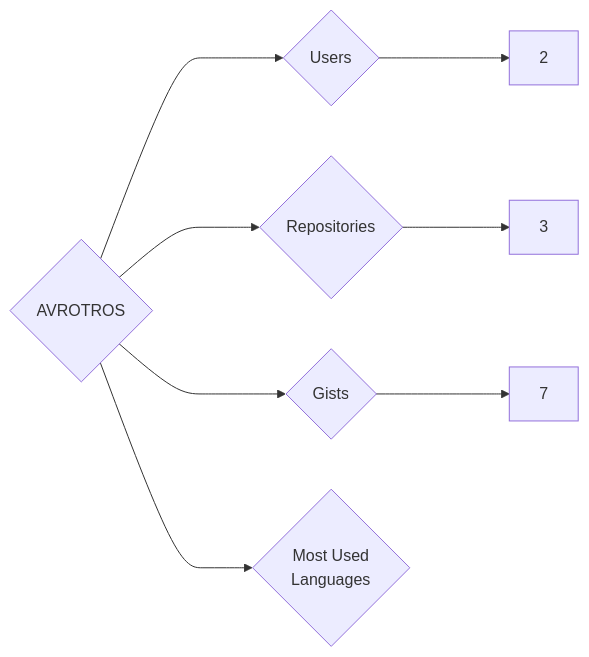
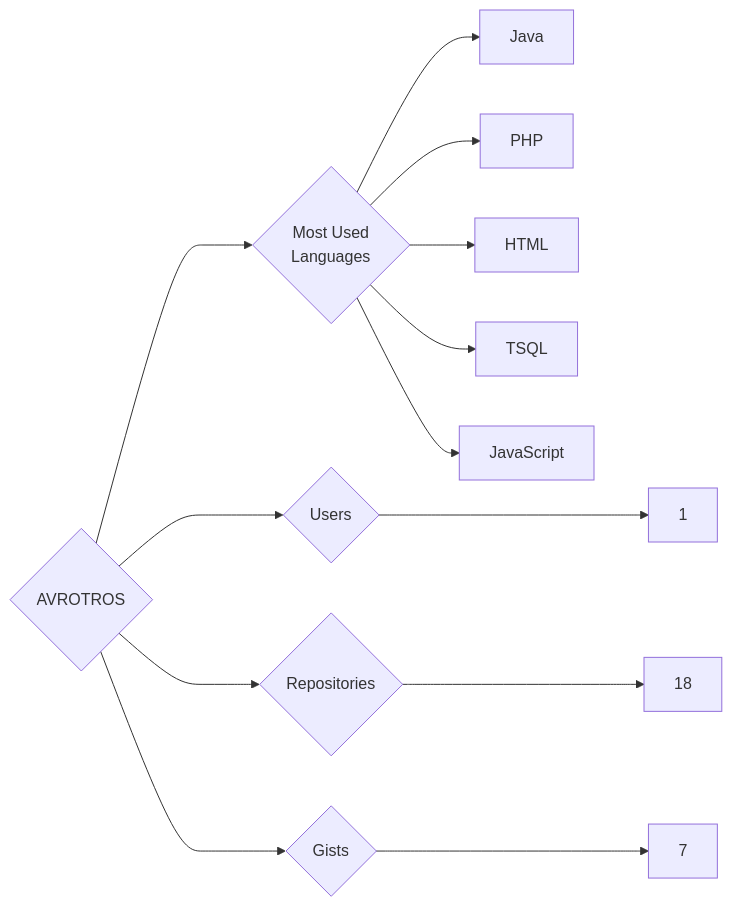
The diagram in targets/AVROTROS/README.md (trickest/insiders), drawn with Mermaid before and after one commit. The commit also changed 942 other files, not shown here.

````diff
--- a/targets/AVROTROS/README.md
+++ b/targets/AVROTROS/README.md
@@ -3,8 +3,13 @@
 ```mermaid
 graph LR
 COMPANY_NAME{AVROTROS}
-COMPANY_NAME ---> U{Users} ---> UN[2]
-COMPANY_NAME ---> R{Repositories} ---> RN[3]
+COMPANY_NAME ---> U{Users} ---> UN[1]
+COMPANY_NAME ---> R{Repositories} ---> RN[18]
 COMPANY_NAME ---> G{Gists} ---> GN[7]
 COMPANY_NAME ---> ML{Most Used<br>Languages}
+ML --> Java[Java]
+ML --> PHP[PHP]
+ML --> HTML[HTML]
+ML --> TSQL[TSQL]
+ML --> JavaScript[JavaScript]
 ```
````
